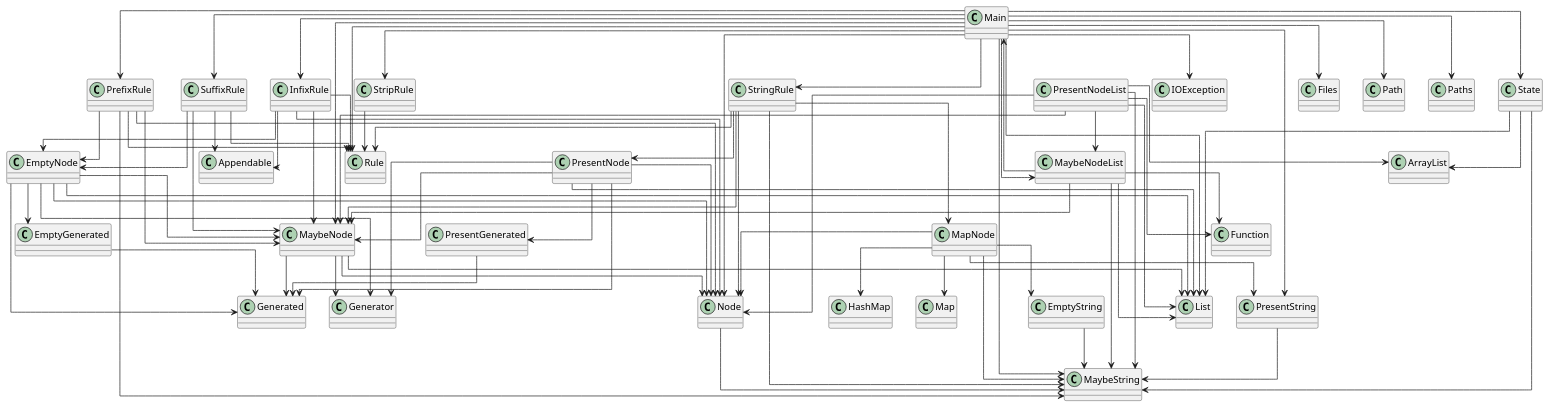
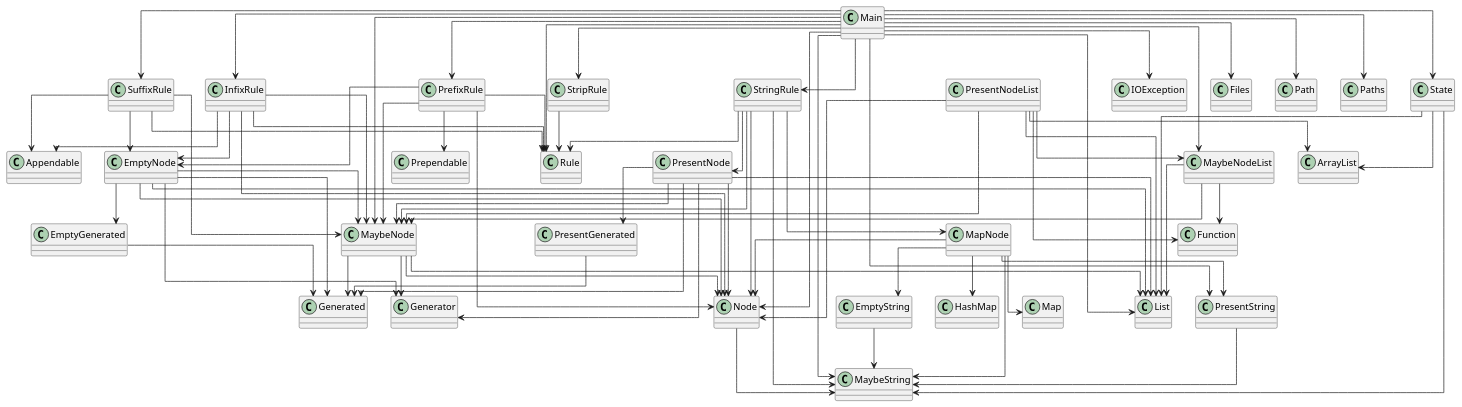
Before and after one commit to SirMathhman/Magma: the diagram in diagram.puml, drawn with PlantUML. The commit also changed 6 other files, not shown here.

```diff
--- a/diagram.puml
+++ b/diagram.puml
@@ -1,106 +1,104 @@
 @startuml
 skinparam linetype ortho
 class Generated
 class Generator
 class Appendable
 class MaybeNode
 MaybeNode --> Generated
 MaybeNode --> Generator
 MaybeNode --> Node
 MaybeNode --> List
 class MaybeString
 class EmptyNode
 EmptyNode --> Generated
 EmptyNode --> Generator
 EmptyNode --> Node
 EmptyNode --> MaybeNode
 EmptyNode --> EmptyGenerated
 EmptyNode --> List
 class PresentNode
 PresentNode --> Generated
 PresentNode --> Generator
 PresentNode --> Node
 PresentNode --> MaybeNode
 PresentNode --> PresentGenerated
 PresentNode --> List
+class Prependable
 class EmptyString
 EmptyString --> MaybeString
 class PresentString
 PresentString --> MaybeString
 class MaybeNodeList
-MaybeNodeList --> Main
 MaybeNodeList --> MaybeNode
-MaybeNodeList --> MaybeString
 MaybeNodeList --> List
 MaybeNodeList --> Function
 class MapNode
 MapNode --> MaybeString
 MapNode --> Node
 MapNode --> EmptyString
 MapNode --> PresentString
 MapNode --> HashMap
 MapNode --> Map
 class Node
 Node --> MaybeString
 class EmptyGenerated
 EmptyGenerated --> Generated
 class PresentGenerated
 PresentGenerated --> Generated
 class InfixRule
 InfixRule --> Node
 InfixRule --> Rule
 InfixRule --> Appendable
 InfixRule --> MaybeNode
 InfixRule --> EmptyNode
 class PrefixRule
 PrefixRule --> Node
 PrefixRule --> Rule
 PrefixRule --> MaybeNode
-PrefixRule --> MaybeString
+PrefixRule --> Prependable
 PrefixRule --> EmptyNode
 class StringRule
 StringRule --> Node
 StringRule --> Rule
 StringRule --> MaybeNode
 StringRule --> MaybeString
 StringRule --> PresentNode
 StringRule --> MapNode
 class StripRule
 StripRule --> Rule
 class SuffixRule
 SuffixRule --> Rule
 SuffixRule --> Appendable
 SuffixRule --> MaybeNode
 SuffixRule --> EmptyNode
 class Rule
 class State
 State --> MaybeString
 State --> ArrayList
 State --> List
 class Main
 Main --> MaybeNodeList
 Main --> Node
 Main --> Rule
 Main --> State
 Main --> MaybeNode
 Main --> MaybeString
 Main --> PresentString
 Main --> InfixRule
 Main --> PrefixRule
 Main --> StringRule
 Main --> StripRule
 Main --> SuffixRule
 Main --> IOException
 Main --> Files
 Main --> Path
 Main --> Paths
 Main --> List
 class PresentNodeList
 PresentNodeList --> MaybeNodeList
 PresentNodeList --> Node
 PresentNodeList --> MaybeNode
-PresentNodeList --> MaybeString
 PresentNodeList --> ArrayList
 PresentNodeList --> List
 PresentNodeList --> Function
 @enduml
```
